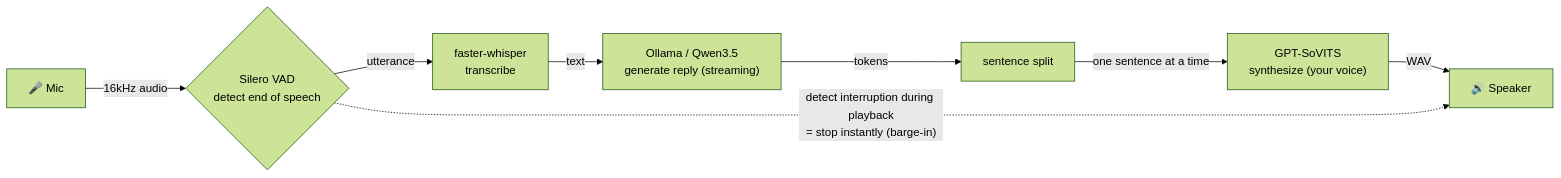
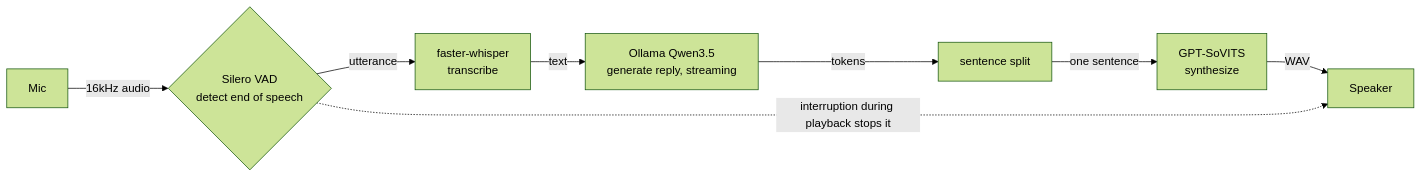
Before and after one commit to 4ltena/kotoha: the first of 2 diagrams in README.en.md, drawn with Mermaid (forest theme). The commit also changed other lines of this file and 1 other file, not shown here.

````diff
--- a/README.en.md
+++ b/README.en.md
@@ -35,10 +30,10 @@
 ```mermaid
 flowchart LR
-    Mic["🎤 Mic"] -->|"16kHz audio"| VAD{"Silero VAD<br/>detect end of speech"}
+    Mic["Mic"] -->|"16kHz audio"| VAD{"Silero VAD<br/>detect end of speech"}
     VAD -->|"utterance"| STT["faster-whisper<br/>transcribe"]
-    STT -->|"text"| LLM["Ollama / Qwen3.5<br/>generate reply (streaming)"]
+    STT -->|"text"| LLM["Ollama Qwen3.5<br/>generate reply, streaming"]
     LLM -->|"tokens"| SS["sentence split"]
-    SS -->|"one sentence at a time"| TTS["GPT-SoVITS<br/>synthesize (your voice)"]
-    TTS -->|"WAV"| SPK["🔊 Speaker"]
-    VAD -.->|"detect interruption during playback<br/>= stop instantly (barge-in)"| SPK
+    SS -->|"one sentence"| TTS["GPT-SoVITS<br/>synthesize"]
+    TTS -->|"WAV"| SPK["Speaker"]
+    VAD -.->|"interruption during playback stops it"| SPK
 ```
````
